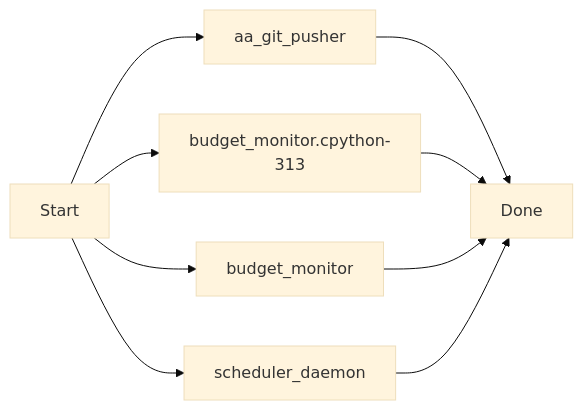
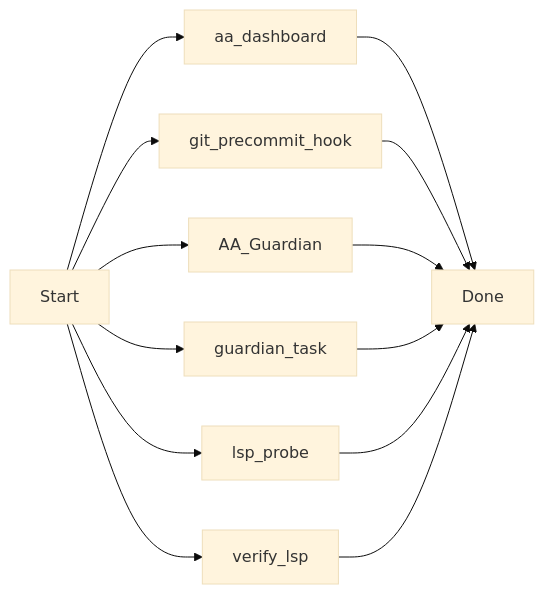
The diagram in Schedule_readme.md (tom0930/AutoAgent-TW), drawn with Mermaid (base theme) before and after one commit. The commit also changed other lines of this file and 25 other files, not shown here.

First line of the commit message:
feat: v1.8.0 Coordination Upgrade - LSP Probing, Git Hook Manifest, Guardian Pro & Dashboard Automation

````diff
--- a/Schedule_readme.md
+++ b/Schedule_readme.md
@@ -103,11 +120,15 @@
 ```mermaid
 graph LR
-  Start --> aa_git_pusher
-  aa_git_pusher --> Done
-  Start --> budget_monitor.cpython-313
-  budget_monitor.cpython-313 --> Done
-  Start --> budget_monitor
-  budget_monitor --> Done
-  Start --> scheduler_daemon
-  scheduler_daemon --> Done
+  Start --> aa_dashboard
+  aa_dashboard --> Done
+  Start --> git_precommit_hook
+  git_precommit_hook --> Done
+  Start --> AA_Guardian
+  AA_Guardian --> Done
+  Start --> guardian_task
+  guardian_task --> Done
+  Start --> lsp_probe
+  lsp_probe --> Done
+  Start --> verify_lsp
+  verify_lsp --> Done
 ```
````
